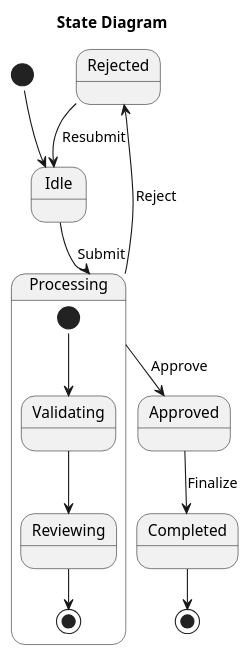
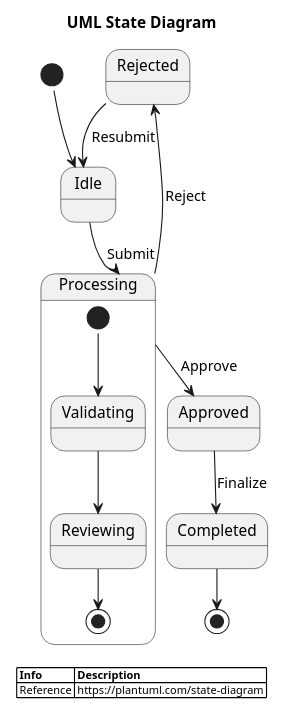
The diagram in plantuml-gui-java/src/main/resources/plantuml/samples/uml_state.puml (diosaraiva/plantuml-gui), drawn with PlantUML before and after one commit. The commit also changed 27 other files, not shown here.

```diff
--- a/plantuml-gui-java/src/main/resources/plantuml/samples/uml_state.puml
+++ b/plantuml-gui-java/src/main/resources/plantuml/samples/uml_state.puml
@@ -1,20 +1,32 @@
 @startuml
 !pragma layout smetana
 
-title State Diagram
+title UML State Diagram
 
+' ---- Customizations ----
+skinparam legendBackgroundColor #white
+skinparam legendBorderColor #white
+skinparam legendFontSize 10
+
+' ---- States ----
 [*] --> Idle
 
 Idle --> Processing : Submit
 Processing --> Approved : Approve
 Processing --> Rejected : Reject
 Approved --> Completed : Finalize
 Rejected --> Idle : Resubmit
 Completed --> [*]
 
 state Processing {
   [*] --> Validating
   Validating --> Reviewing
   Reviewing --> [*]
 }
+
+legend
+|= Info |= Description |
+| Reference | https://plantuml.com/state-diagram |
+endlegend
+
 @enduml
```
